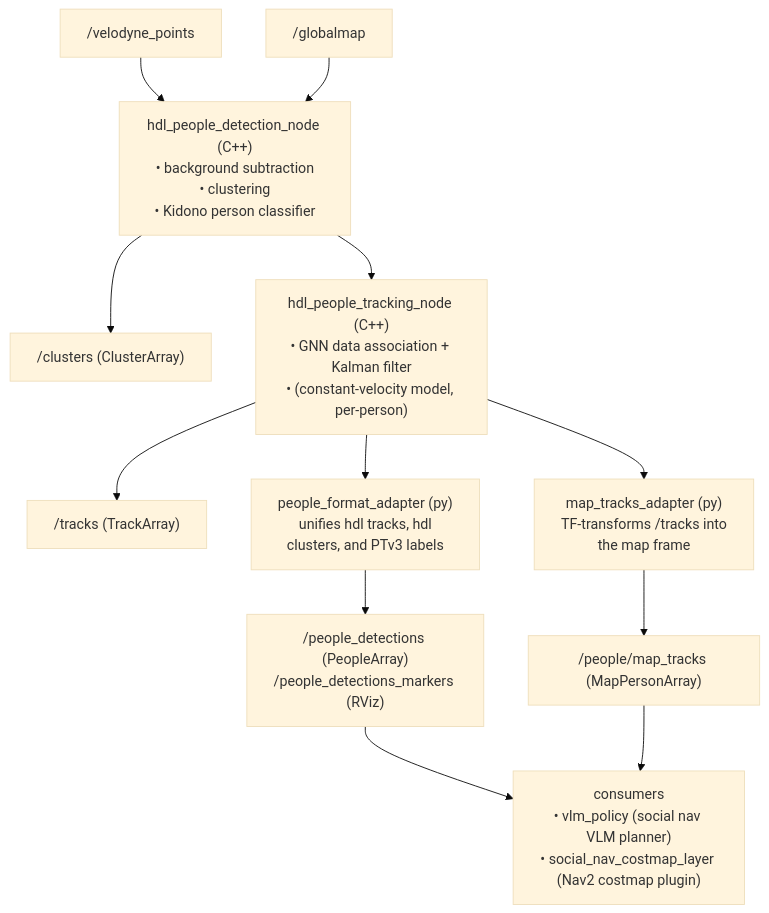
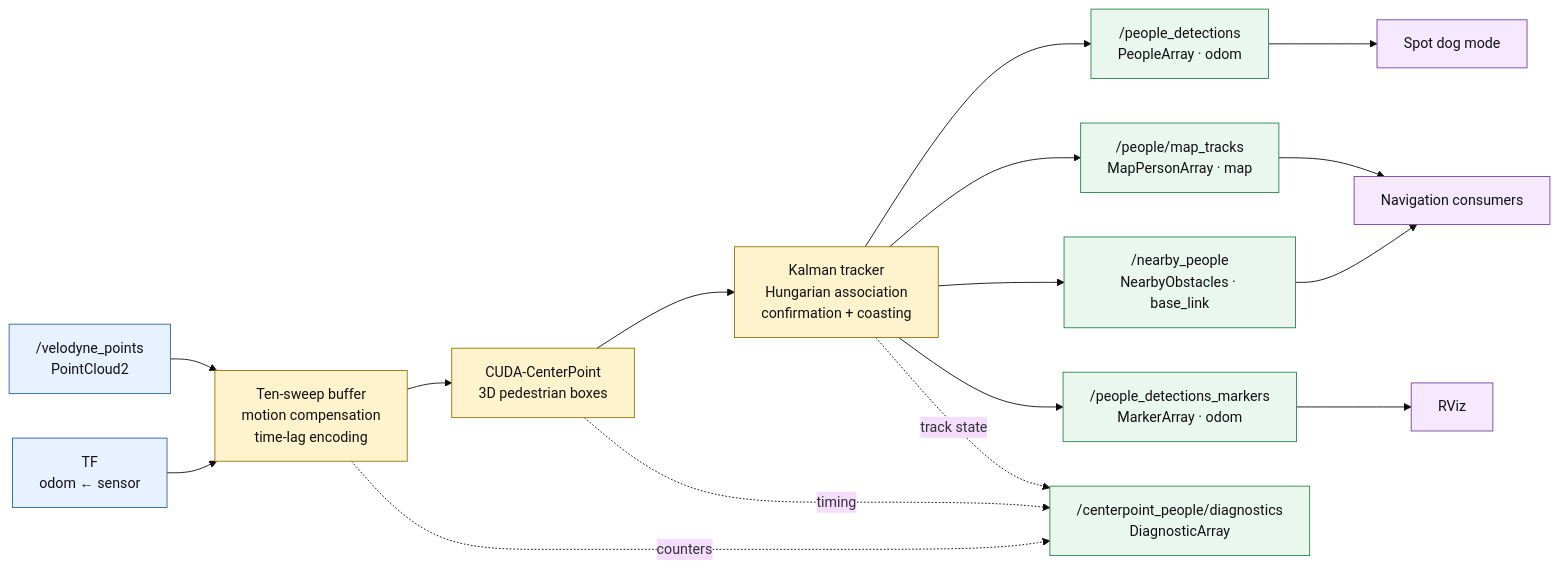
Before and after one commit to ivanna-utexas/Spot_demo_ws: the first of 2 diagrams in docs/pedestrian_tracking.md, drawn with Mermaid (base theme). The commit also changed other lines of this file and 55 other files, not shown here.

Commit message:
Updated pedestrian tracking pipeline to use CUDA CenterPoint

````diff
--- a/docs/pedestrian_tracking.md
+++ b/docs/pedestrian_tracking.md
@@ -9,48 +10,40 @@
 ```mermaid
-graph TD
-    %% Define Styles
-   %%  classDef cppNode fill:#f9f9f9,stroke:#333,stroke-width:2px,color:#000;
-   %%  classDef pyNode fill:#f4f4f4,stroke:#333,stroke-width:1px,color:#000;
-   %%  classDef topic fill:#fff,stroke:#666,stroke-dasharray: 5 5,color:#333;
-   %%  classDef consumer fill:#e1f5fe,stroke:#0288d1,stroke-width:1px,color:#000;
+flowchart LR
+    cloud["/velodyne_points<br/>PointCloud2"]
+    sensor_tf["TF<br/>odom ← sensor"]
+    sweeps["Ten-sweep buffer<br/>motion compensation<br/>time-lag encoding"]
+    centerpoint["CUDA-CenterPoint<br/>3D pedestrian boxes"]
+    tracker["Kalman tracker<br/>Hungarian association<br/>confirmation + coasting"]
 
-    %% Inputs
-    V_POINTS["/velodyne_points"]:::topic
-    G_MAP["/globalmap"]:::topic
+    people["/people_detections<br/>PeopleArray · odom"]
+    map_tracks["/people/map_tracks<br/>MapPersonArray · map"]
+    nearby["/nearby_people<br/>NearbyObstacles · base_link"]
+    markers["/people_detections_markers<br/>MarkerArray · odom"]
+    diagnostics["/centerpoint_people/diagnostics<br/>DiagnosticArray"]
 
-    %% Node 1
-    DET_NODE["hdl_people_detection_node (C++)<br>• background subtraction<br>• clustering<br>• Kidono person classifier"]:::cppNode
+    dog["Spot dog mode"]
+    navigation["Navigation consumers"]
+    rviz["RViz"]
 
-    %% Intermediate Outputs
-    CLUSTERS["/clusters (ClusterArray)"]:::topic
+    cloud --> sweeps
+    sensor_tf --> sweeps
+    sweeps --> centerpoint
+    centerpoint --> tracker
 
-    %% Node 2
-    TRACK_NODE["hdl_people_tracking_node (C++)<br>• GNN data association + Kalman filter<br>• (constant-velocity model, per-person)"]:::cppNode
+    tracker --> people --> dog
+    tracker --> map_tracks --> navigation
+    tracker --> nearby --> navigation
+    tracker --> markers --> rviz
+    sweeps -. counters .-> diagnostics
+    centerpoint -. timing .-> diagnostics
+    tracker -. track state .-> diagnostics
 
-    %% Intermediate Outputs 2
-    TRACKS["/tracks (TrackArray)"]:::topic
-
-    %% Adapters
-    FMT_ADAPTER["people_format_adapter (py)<br>unifies hdl tracks, hdl<br>clusters, and PTv3 labels"]:::pyNode
-    MAP_ADAPTER["map_tracks_adapter (py)<br>TF-transforms /tracks into<br>the map frame"]:::pyNode
-
-    %% Final Outputs
-    PEOPLE_DET["/people_detections (PeopleArray)<br>/people_detections_markers (RViz)"]:::topic
-    MAP_TRACKS["/people/map_tracks (MapPersonArray)"]:::topic
-
-    %% Consumers
-    CONSUMERS["consumers<br>• vlm_policy (social nav VLM planner)<br>• social_nav_costmap_layer (Nav2 costmap plugin)"]:::consumer
-
-    %% Connections
-    V_POINTS --> DET_NODE
-    G_MAP --> DET_NODE
-    DET_NODE --> CLUSTERS
-    DET_NODE --> TRACK_NODE
-    TRACK_NODE --> TRACKS
-    TRACK_NODE --> FMT_ADAPTER
-    TRACK_NODE --> MAP_ADAPTER
-    FMT_ADAPTER --> PEOPLE_DET
-    MAP_ADAPTER --> MAP_TRACKS
-    PEOPLE_DET --> CONSUMERS
-    MAP_TRACKS --> CONSUMERS
+    classDef input fill:#e8f1ff,stroke:#2864a8,color:#111;
+    classDef process fill:#fff3cd,stroke:#9a7400,color:#111;
+    classDef topic fill:#e9f7ef,stroke:#27864a,color:#111;
+    classDef consumer fill:#f5e8ff,stroke:#7642a8,color:#111;
+    class cloud,sensor_tf input;
+    class sweeps,centerpoint,tracker process;
+    class people,map_tracks,nearby,markers,diagnostics topic;
+    class dog,navigation,rviz consumer;
 ```
````
